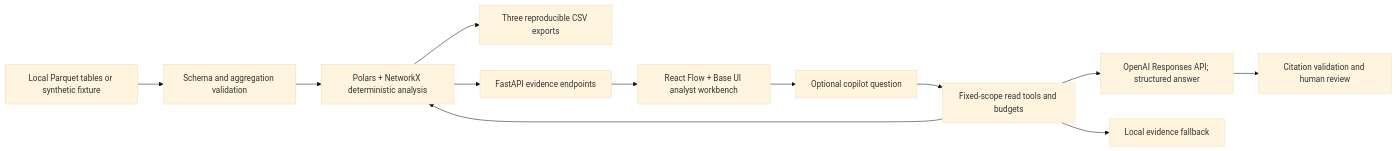
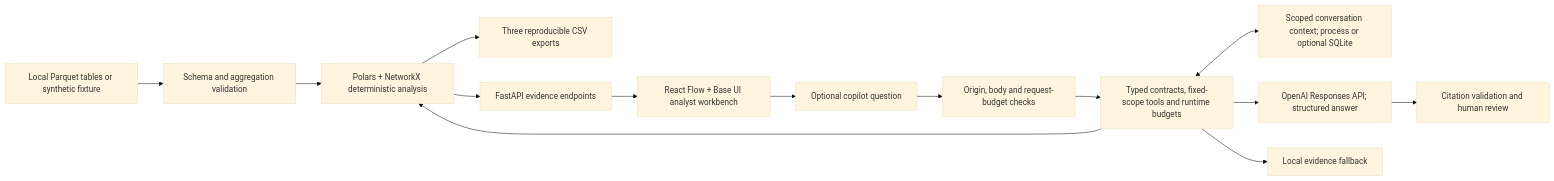
One commit to BAITC-Hacks/hack-5263c4cc-webspace changed the diagram in docs/architecture.md. Above: the diagram before and after it, drawn with Mermaid (base theme). The commit also changed other lines of this file and 4 other files, not shown here.

Commit message:
docs(architecture): record track audit and verified agent hardening

````diff
--- a/docs/architecture.md
+++ b/docs/architecture.md
@@ -13,14 +13,16 @@
 ```mermaid
 flowchart LR
   P["Local Parquet tables or synthetic fixture"] --> V["Schema and aggregation validation"]
   V --> E["Polars + NetworkX deterministic analysis"]
   E --> C["Three reproducible CSV exports"]
   E --> A["FastAPI evidence endpoints"]
   A --> U["React Flow + Base UI analyst workbench"]
   U --> Q["Optional copilot question"]
-  Q --> G["Fixed-scope read tools and budgets"]
+  Q --> B["Origin, body and request-budget checks"]
+  B --> G["Typed contracts, fixed-scope tools and runtime budgets"]
+  G <--> M["Scoped conversation context; process or optional SQLite"]
   G --> E
   G --> O["OpenAI Responses API; structured answer"]
   O --> R["Citation validation and human review"]
   G --> F["Local evidence fallback"]
 ```
````
